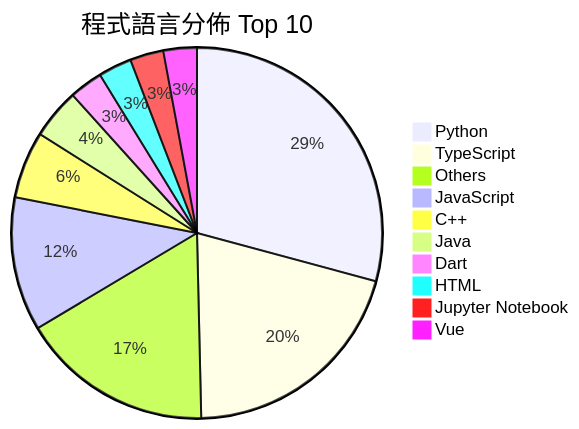
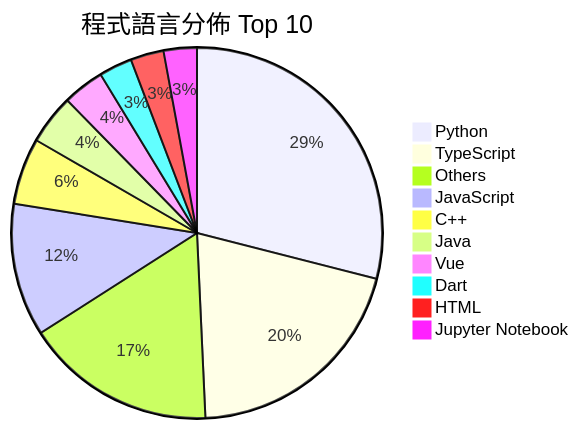
The second of 2 diagrams in README.md (Andy87877/GitHub-Star-Manager), drawn with Mermaid before and after one commit. The commit also changed other lines of this file and 3 other files, not shown here.

````diff
--- a/README.md
+++ b/README.md
@@ -27,13 +27,13 @@
 ```mermaid
 pie title 程式語言分佈 Top 10
     "Python" : 40
     "TypeScript" : 28
     "Others" : 23
     "JavaScript" : 16
     "C++" : 8
     "Java" : 6
+    "Vue" : 5
     "Dart" : 4
     "HTML" : 4
     "Jupyter Notebook" : 4
-    "Vue" : 4
 ```
````
